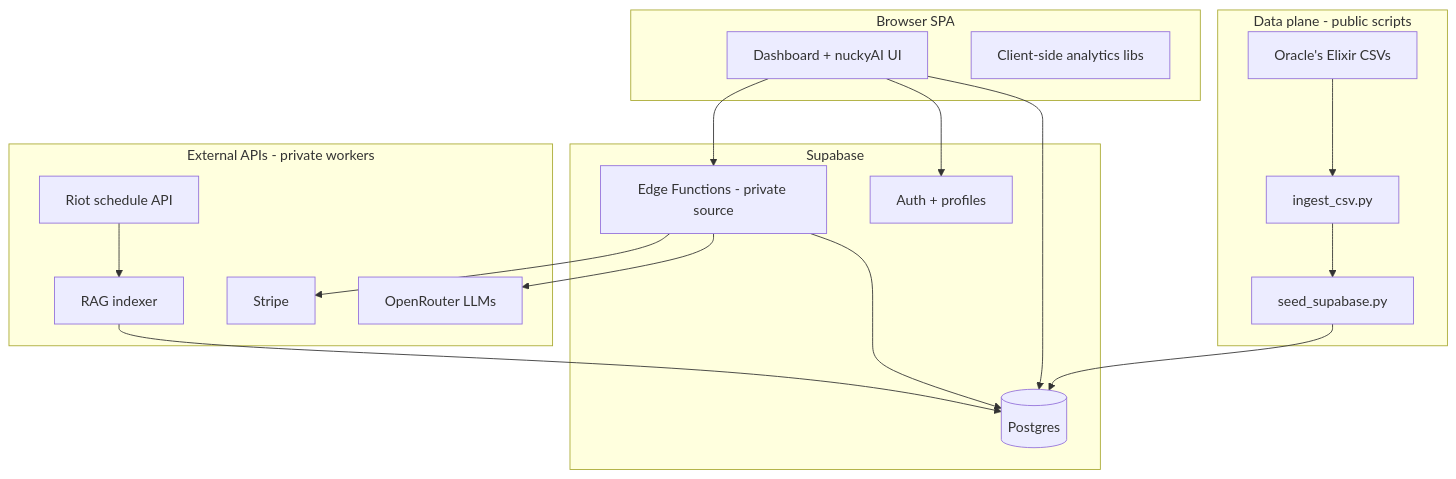
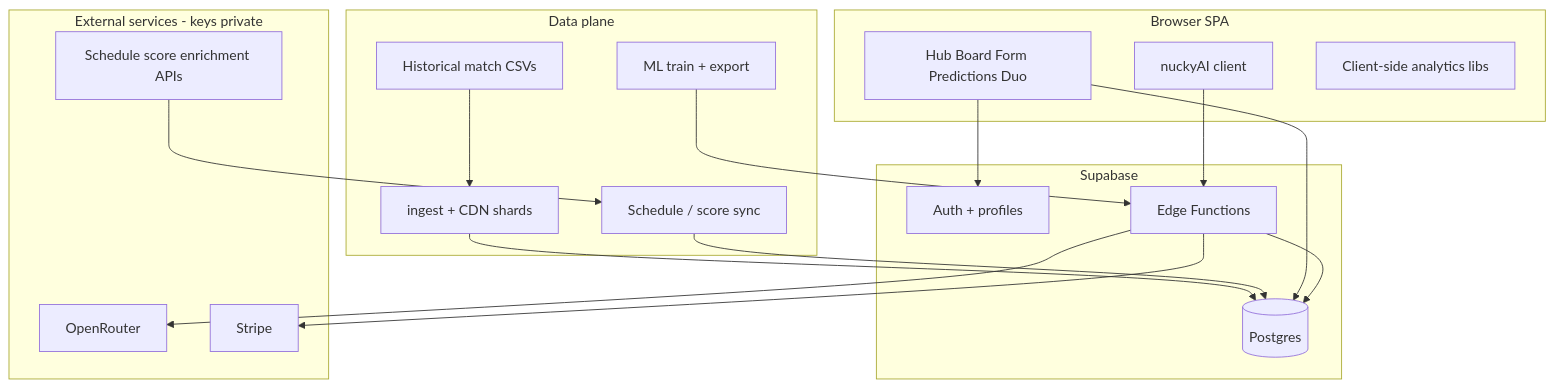
One commit to ryan-67/lol-dashboard changed the diagram in docs/ARCHITECTURE.md. Above: the diagram before and after it, drawn with Mermaid. The commit also changed other lines of this file and 29 other files, not shown here.

````diff
--- a/docs/ARCHITECTURE.md
+++ b/docs/ARCHITECTURE.md
@@ -7,36 +7,38 @@
 ```mermaid
 flowchart TB
   subgraph client [Browser SPA]
-    UI[Dashboard + nuckyAI UI]
+    UI[Hub Board Form Predictions Duo]
+    Chat[nuckyAI client]
     Analytics[Client-side analytics libs]
   end
 
   subgraph supabase [Supabase]
     Auth[Auth + profiles]
     DB[(Postgres)]
-    Edge[Edge Functions - private source]
+    Edge[Edge Functions]
   end
 
-  subgraph data [Data plane - public scripts]
-    OE[Oracle's Elixir CSVs]
-    Ingest[ingest_csv.py]
-    Seed[seed_supabase.py]
+  subgraph data [Data plane]
+    Hist[Historical match CSVs]
+    Ingest[ingest + CDN shards]
+    Sched[Schedule / score sync]
+    ML[ML train + export]
   end
 
-  subgraph external [External APIs - private workers]
-    OR[OpenRouter LLMs]
-    RAG[RAG indexer]
+  subgraph external [External services - keys private]
+    OR[OpenRouter]
     Stripe[Stripe]
-    Riot[Riot schedule API]
+    Enrich[Schedule score enrichment APIs]
   end
 
-  OE --> Ingest --> Seed --> DB
+  Hist --> Ingest --> DB
+  Sched --> DB
+  ML --> Edge
   UI --> DB
   UI --> Auth
-  UI --> Edge
+  Chat --> Edge
   Edge --> DB
   Edge --> OR
-  RAG --> DB
   Edge --> Stripe
-  Riot --> RAG
+  Enrich --> Sched
 ```
````
